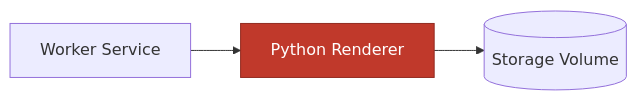
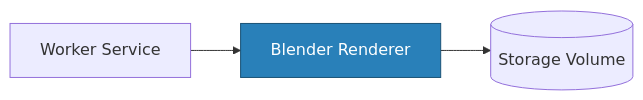
One commit to giovanizaghi/3d-room-platform changed the first of 2 diagrams in docs/architecture/06-future-rendering.md. Above: the diagram before and after it, drawn with Mermaid. The commit also changed other lines of this file and 27 other files, not shown here.

````diff
--- a/docs/architecture/06-future-rendering.md
+++ b/docs/architecture/06-future-rendering.md
@@ -11,12 +11,11 @@
 ```mermaid
 flowchart LR
     Worker[Worker Service]
-    Renderer[Python Renderer]:::current
+    Blender[Blender Renderer]:::current
     Storage[(Storage Volume)]
 
-    Worker --> Renderer
-    Renderer --> Storage
+    Worker --> Blender
+    Blender --> Storage
 
-    classDef current fill:#c0392b,color:#fff,stroke:#922b21
-
+    classDef current fill:#2980b9,color:#fff,stroke:#1a5276
 ```
````
